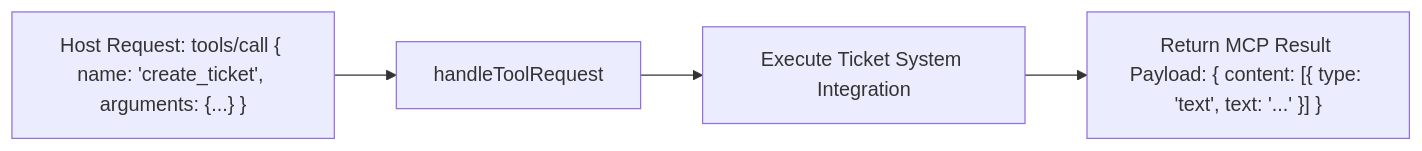
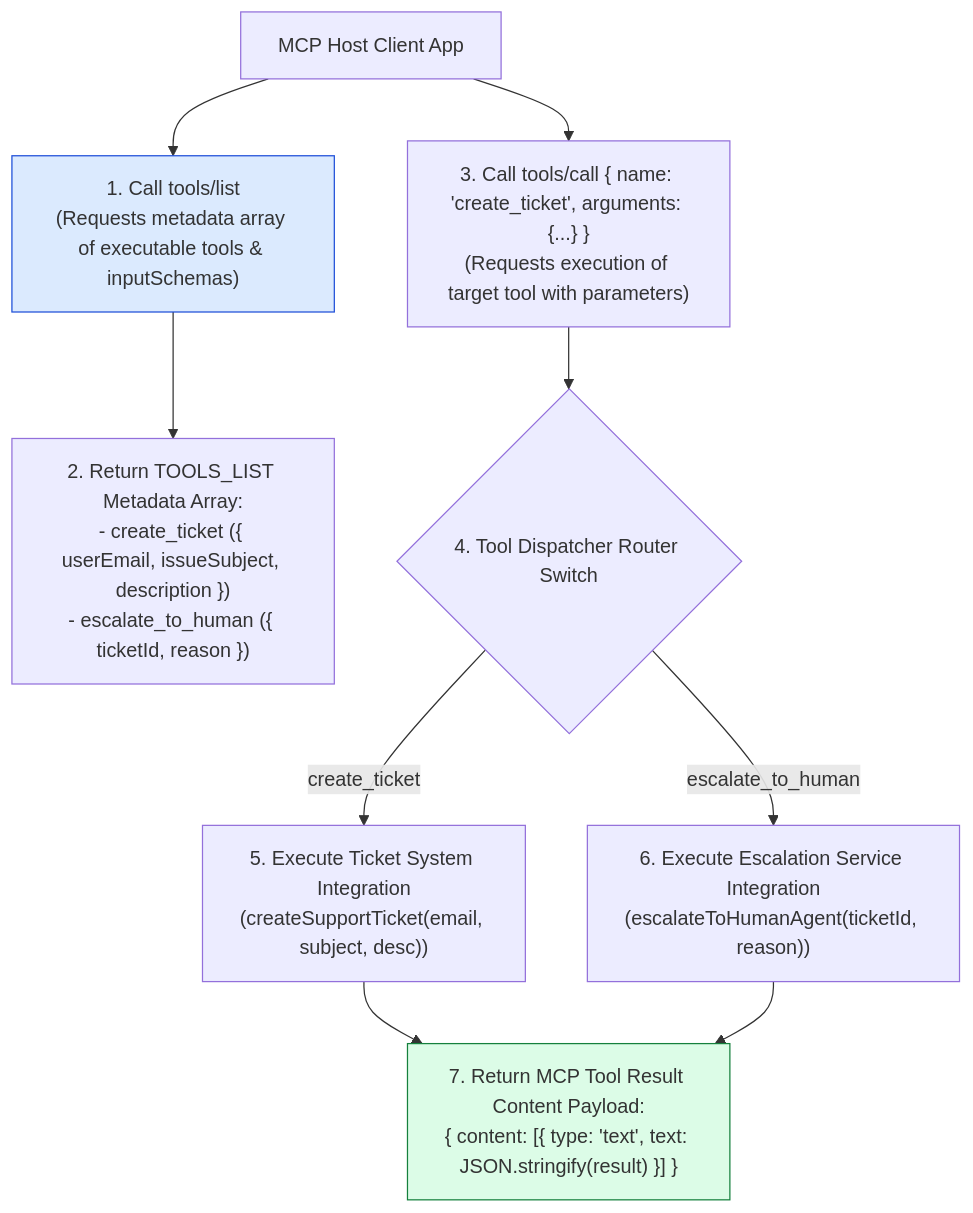
The first of 3 diagrams in agentic-ai-notes/06-seva-mcp/03-mcp-tools.md (Amie-dev/engineering-playbook), drawn with Mermaid before and after one commit. The commit also changed other lines of this file and 12 other files, not shown here.

````diff
--- a/agentic-ai-notes/06-seva-mcp/03-mcp-tools.md
+++ b/agentic-ai-notes/06-seva-mcp/03-mcp-tools.md
@@ -10,6 +13,19 @@
 ```mermaid
-flowchart LR
-    HostCall["Host Request: tools/call { name: 'create_ticket', arguments: {...} }"] --> ToolsHandler[handleToolRequest]
-    ToolsHandler --> Integration[Execute Ticket System Integration]
-    Integration --> Result["Return MCP Result Payload: { content: [{ type: 'text', text: '...' }] }"]
+flowchart TD
+    HostClient[MCP Host Client App] --> ListCall["1. Call tools/list<br/>(Requests metadata array of executable tools & inputSchemas)"]
+
+    ListCall --> ToolsList["2. Return TOOLS_LIST Metadata Array:<br/>- create_ticket ({ userEmail, issueSubject, description })<br/>- escalate_to_human ({ ticketId, reason })"]
+
+    HostClient --> ExecutionCall["3. Call tools/call { name: 'create_ticket', arguments: {...} }<br/>(Requests execution of target tool with parameters)"]
+
+    ExecutionCall --> ToolSwitch{"4. Tool Dispatcher Router Switch"}
+
+    ToolSwitch -- "create_ticket" --> TicketAPI["5. Execute Ticket System Integration<br/>(createSupportTicket(email, subject, desc))"]
+
+    ToolSwitch -- "escalate_to_human" --> EscalationAPI["6. Execute Escalation Service Integration<br/>(escalateToHumanAgent(ticketId, reason))"]
+
+    TicketAPI & EscalationAPI --> ResultEnvelope["7. Return MCP Tool Result Content Payload:<br/>{ content: [{ type: 'text', text: JSON.stringify(result) }] }"]
+
+    style ListCall fill:#dbeafe,stroke:#1d4ed8
+    style ResultEnvelope fill:#dcfce7,stroke:#15803d
 ```
````
